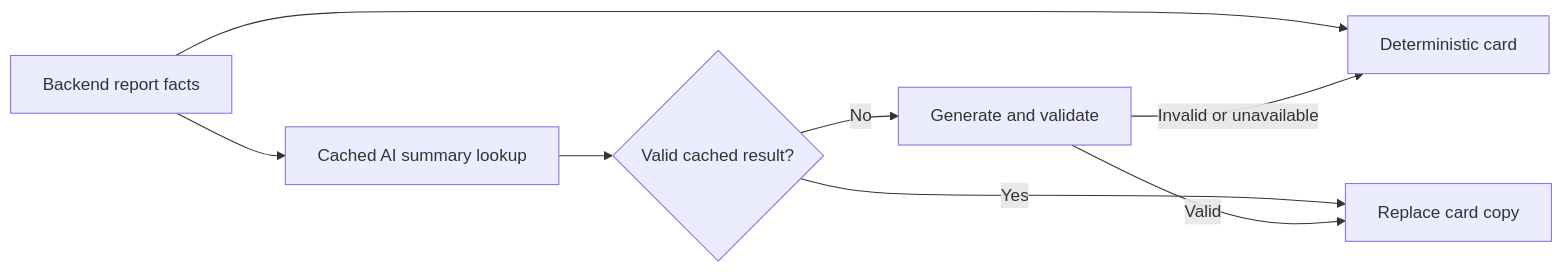
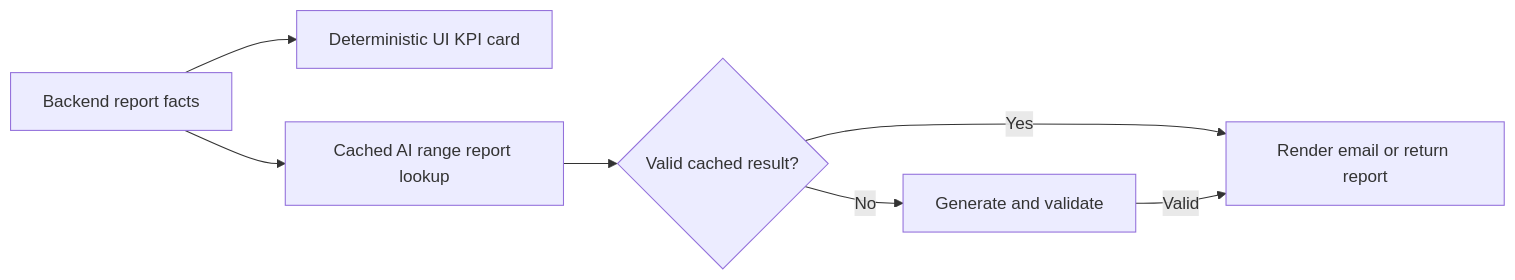
The diagram in docs/ai-report-contract.md (andreistefanciprian/yauyau), drawn with Mermaid before and after one commit. The commit also changed other lines of this file and 30 other files, not shown here.

Commit message:
Replace daily AI card with KPI totals

````diff
--- a/docs/ai-report-contract.md
+++ b/docs/ai-report-contract.md
@@ -62,10 +62,9 @@
 ```mermaid
 flowchart LR
-    A["Backend report facts"] --> B["Deterministic card"]
-    A --> C["Cached AI summary lookup"]
+    A["Backend report facts"] --> B["Deterministic UI KPI card"]
+    A --> C["Cached AI range report lookup"]
     C --> D{"Valid cached result?"}
-    D -->|"Yes"| E["Replace card copy"]
+    D -->|"Yes"| E["Render email or return report"]
     D -->|"No"| F["Generate and validate"]
     F -->|"Valid"| E
-    F -->|"Invalid or unavailable"| B
 ```
````
